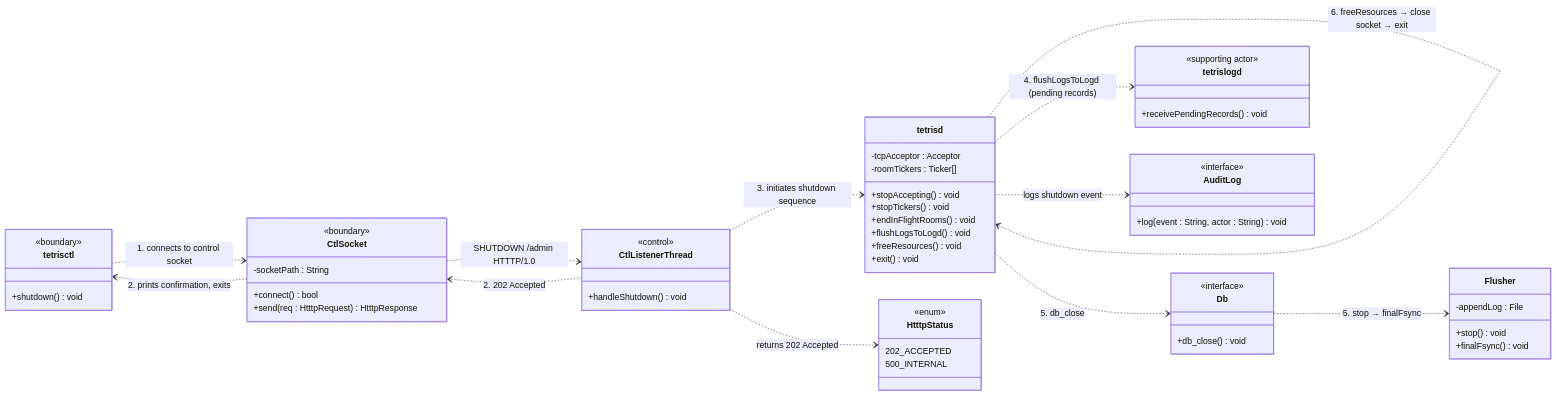
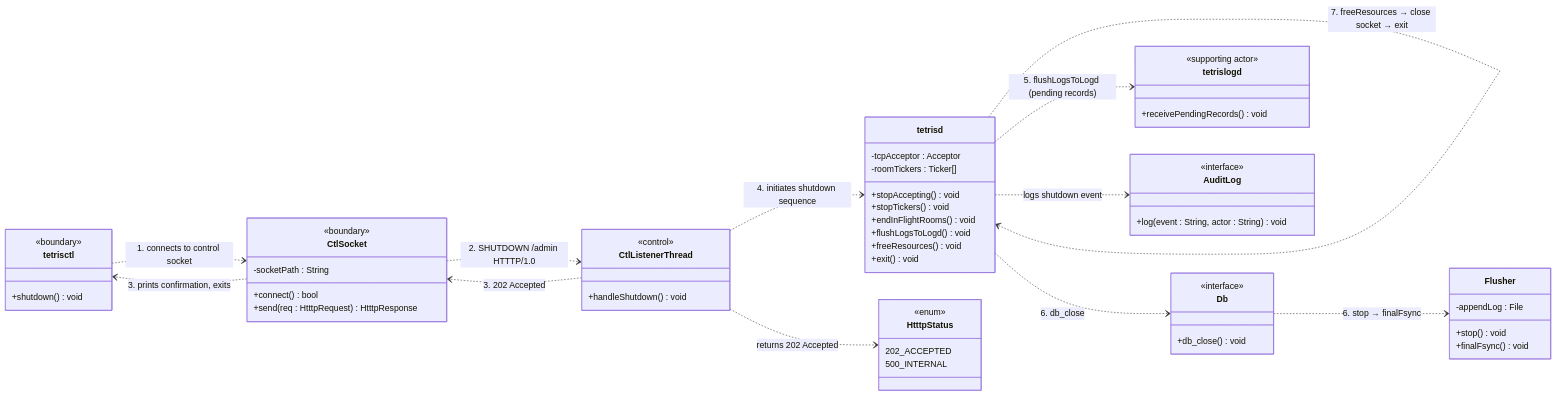
One commit to ziqiqiiii/tetriSH changed the second of 6 diagrams in docs/diagrams/use_case_diagrams/uc_diagrams_tetrisctl.md. Above: the diagram before and after it, drawn with Mermaid. The commit also changed other lines of this file, not shown here.

Commit message:
docs: fix tetrisctl use case diagrams (step numbering, GameMode enum, arrow consistency)

````diff
--- a/docs/diagrams/use_case_diagrams/uc_diagrams_tetrisctl.md
+++ b/docs/diagrams/use_case_diagrams/uc_diagrams_tetrisctl.md
@@ -93,65 +93,65 @@
 ```mermaid
 classDiagram
     direction LR
 
     class tetrisctl {
         <<boundary>>
         +shutdown() void
     }
     class CtlSocket {
         <<boundary>>
         -socketPath : String
         +connect() bool
         +send(req : HtttpRequest) HtttpResponse
     }
     class CtlListenerThread {
         <<control>>
         +handleShutdown() void
     }
     class tetrisd {
         -tcpAcceptor : Acceptor
         -roomTickers : Ticker[]
         +stopAccepting() void
         +stopTickers() void
         +endInFlightRooms() void
         +flushLogsToLogd() void
         +freeResources() void
         +exit() void
     }
     class Db {
         <<interface>>
         +db_close() void
     }
     class Flusher {
         -appendLog : File
         +stop() void
         +finalFsync() void
     }
     class tetrislogd {
         <<supporting actor>>
         +receivePendingRecords() void
     }
     class AuditLog {
         <<interface>>
         +log(event : String, actor : String) void
     }
     class HtttpStatus {
         <<enum>>
         202_ACCEPTED
         500_INTERNAL
     }
 
     tetrisctl ..> CtlSocket : 1. connects to control socket
-    CtlSocket ..> CtlListenerThread : SHUTDOWN /admin HTTTP/1.0
-    CtlListenerThread ..> tetrisd : 3. initiates shutdown sequence
-    CtlListenerThread ..> CtlSocket : 2. 202 Accepted
-    CtlSocket ..> tetrisctl : 2. prints confirmation, exits
-    tetrisd ..> tetrisd : 3. stopAccepting → stopTickers
-    tetrisd ..> tetrisd : 4. endInFlightRooms (no db_record_game)
-    tetrisd ..> tetrislogd : 4. flushLogsToLogd (pending records)
-    tetrisd ..> Db : 5. db_close
-    Db ..> Flusher : 5. stop → finalFsync
+    CtlSocket ..> CtlListenerThread : 2. SHUTDOWN /admin HTTTP/1.0
+    CtlListenerThread ..> tetrisd : 4. initiates shutdown sequence
+    CtlListenerThread ..> CtlSocket : 3. 202 Accepted
+    CtlSocket ..> tetrisctl : 3. prints confirmation, exits
+    tetrisd ..> tetrisd : 4. stopAccepting → stopTickers
+    tetrisd ..> tetrisd : 5. endInFlightRooms (no db_record_game)
+    tetrisd ..> tetrislogd : 5. flushLogsToLogd (pending records)
+    tetrisd ..> Db : 6. db_close
+    Db ..> Flusher : 6. stop → finalFsync
     tetrisd ..> AuditLog : logs shutdown event
-    tetrisd ..> tetrisd : 6. freeResources → close socket → exit
+    tetrisd ..> tetrisd : 7. freeResources → close socket → exit
     CtlListenerThread ..> HtttpStatus : returns 202 Accepted
 ```
````
